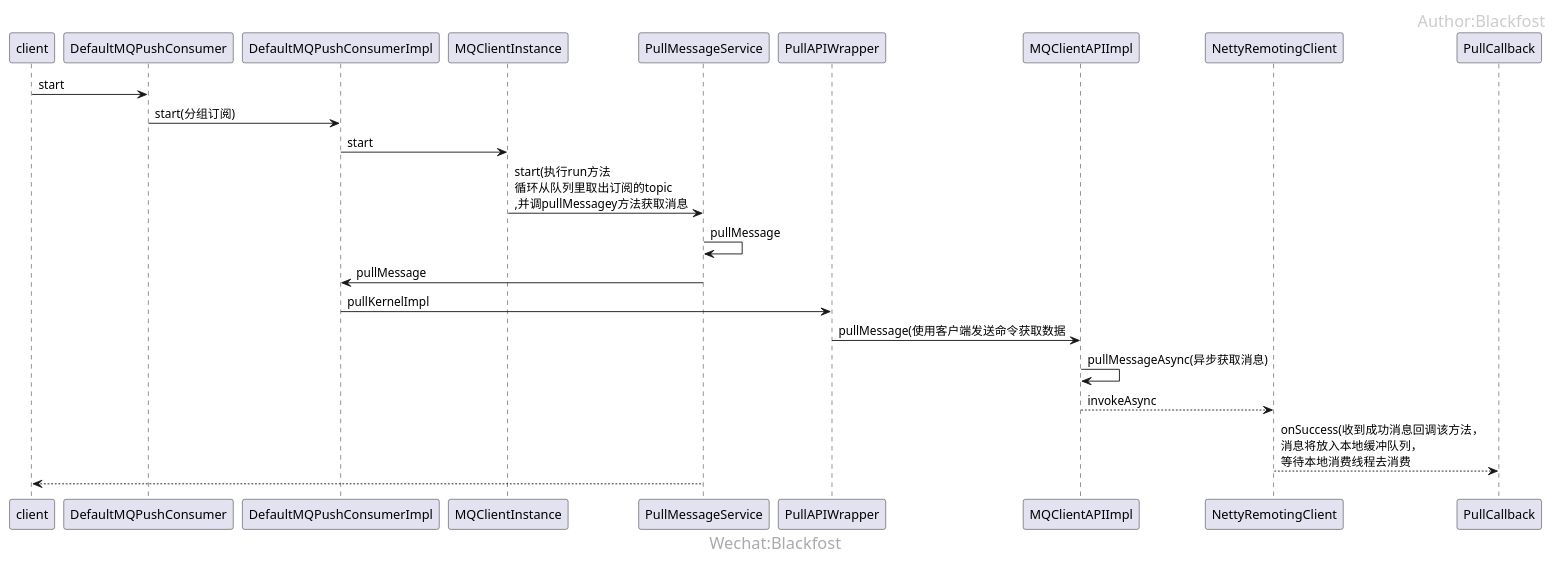
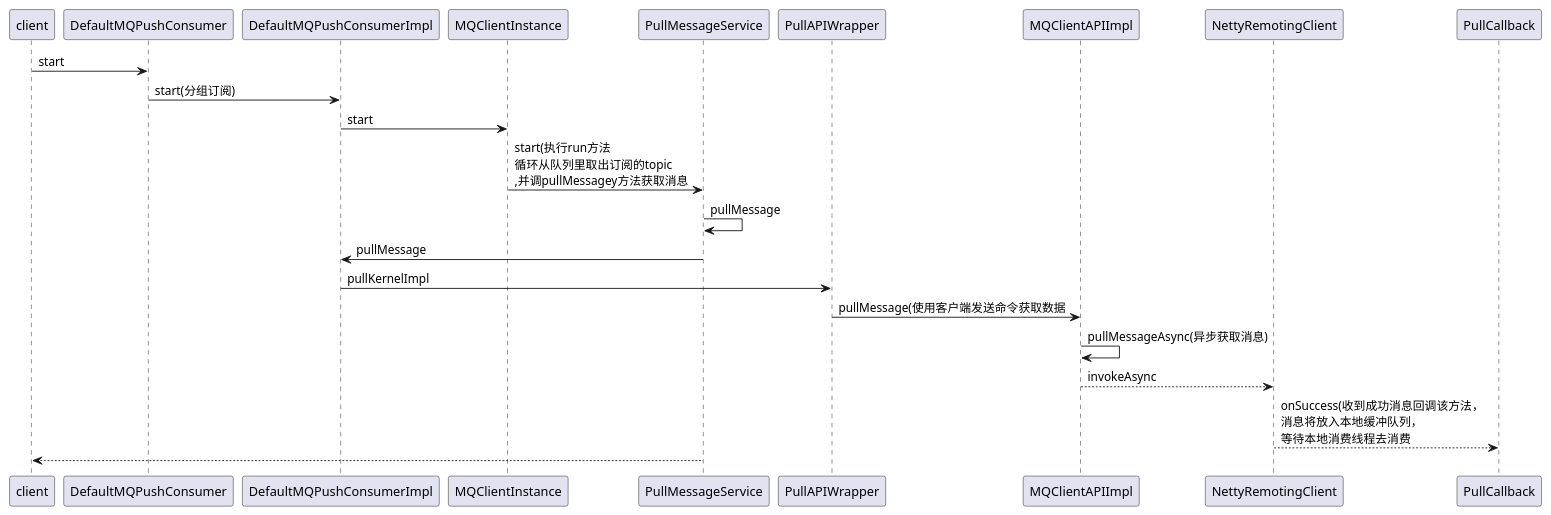
One commit to dbpulse-dev/Gray-Link changed the diagram in agent/plugins/rocketmq-plugin/doc/rocketmq消息订阅过程.puml. Above: the diagram before and after it, drawn with PlantUML. The commit also changed 12 other files, not shown here.

```diff
--- a/agent/plugins/rocketmq-plugin/doc/rocketmq消息订阅过程.puml
+++ b/agent/plugins/rocketmq-plugin/doc/rocketmq消息订阅过程.puml
@@ -1,20 +1,14 @@
 @startuml
 client -> DefaultMQPushConsumer: start
 DefaultMQPushConsumer -> DefaultMQPushConsumerImpl: start(分组订阅)
 DefaultMQPushConsumerImpl -> MQClientInstance: start
 MQClientInstance -> PullMessageService: start(执行run方法\n循环从队列里取出订阅的topic\n,并调pullMessagey方法获取消息
 PullMessageService -> PullMessageService:pullMessage
 PullMessageService -> DefaultMQPushConsumerImpl:pullMessage
 DefaultMQPushConsumerImpl -> PullAPIWrapper:pullKernelImpl
 PullAPIWrapper->MQClientAPIImpl:pullMessage(使用客户端发送命令获取数据
 MQClientAPIImpl->MQClientAPIImpl:pullMessageAsync(异步获取消息)
 MQClientAPIImpl-->NettyRemotingClient:invokeAsync
 NettyRemotingClient-->PullCallback:onSuccess(收到成功消息回调该方法，\n消息将放入本地缓冲队列，\n等待本地消费线程去消费
 client <-- PullMessageService:
-header
-<font size="18" color=#CCCCCC>Author:Blackfost</font>
-endheader
-footer
-<font size="18" color=#AAAAAA>Wechat:Blackfost</font>
-endfooter
 @enduml
```
